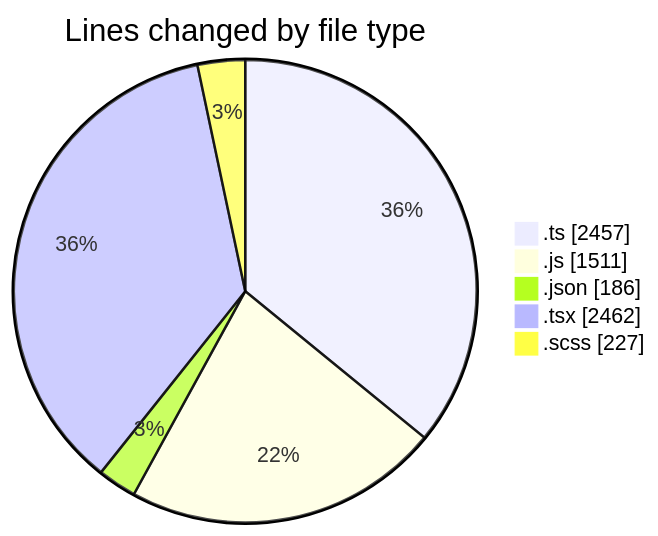
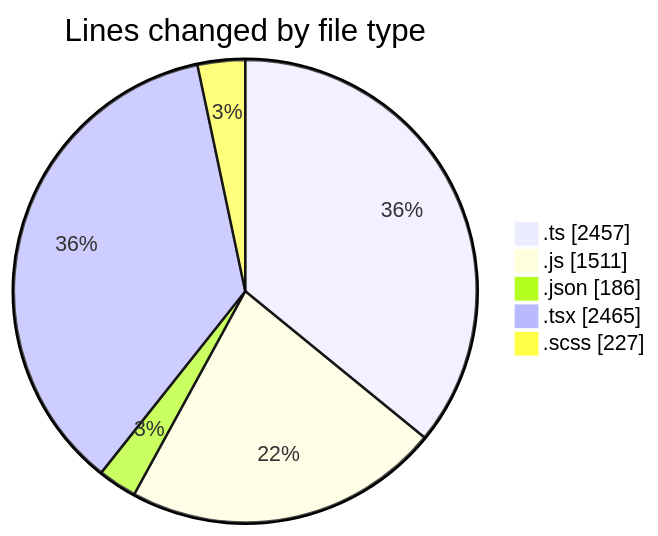
Before and after one commit to momahboobian/code-tracking: the first of 2 diagrams in 2026-06-18/cda/README.md, drawn with Mermaid. The commit also changed other lines of this file and 1 other file, not shown here.

````diff
--- a/2026-06-18/cda/README.md
+++ b/2026-06-18/cda/README.md
@@ -53,9 +53,9 @@
 ```mermaid
 pie showData
 title Lines changed by file type
 ".ts" : 2457
 ".js" : 1511
 ".json" : 186
-".tsx" : 2462
+".tsx" : 2465
 ".scss" : 227
 ```
````
